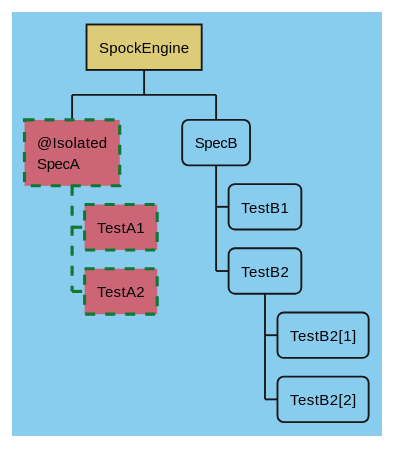
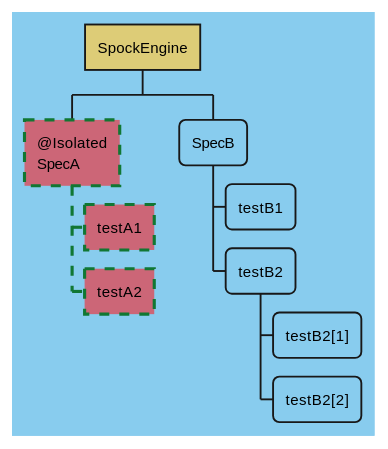
Before and after one commit to spockframework/spock: diagram 15 of 15 in docs/parallel_execution.adoc, drawn with PlantUML. The commit also changed other lines of this file, not shown here.

Commit message:
Rename upper case Test to test in parallel_execution.adoc

```diff
--- a/docs/parallel_execution.adoc
+++ b/docs/parallel_execution.adoc
@@ -680,35 +680,35 @@
 [plantuml,images/isolated,svg]
 ....
 @startwbs
 <style>
 wbsDiagram {
   BackgroundColor #88CCEE
   RoundCorner 10
   node {
     :depth(0) {
       BackgroundColor #DDCC77
       RoundCorner 0
     }
   }
 
   .isolated * {
       BackgroundColor #CC6677
       RoundCorner 0
       LineStyle 8
       LineThickness 2.5
       LineColor #117733
   }
 }
 </style>
 skinparam shadowing false
 * SpockEngine
 ** @Isolated\nSpecA  <<isolated>>
-*** TestA1
-*** TestA2
+*** testA1
+*** testA2
 ** SpecB
-*** TestB1
-*** TestB2
-**** TestB2[1]
-**** TestB2[2]
+*** testB1
+*** testB2
+**** testB2[1]
+**** testB2[2]
 @endwbs
 ....
```
